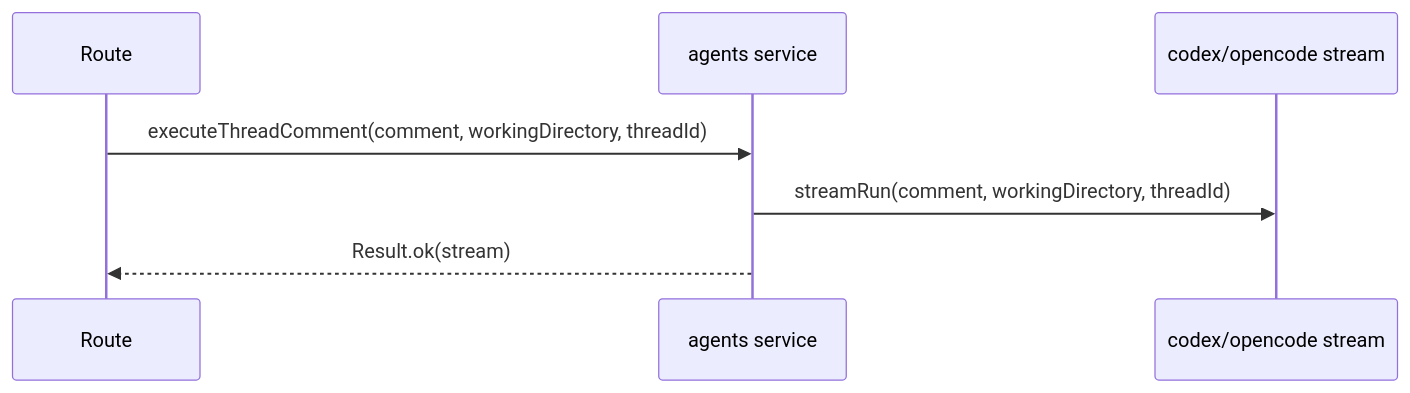
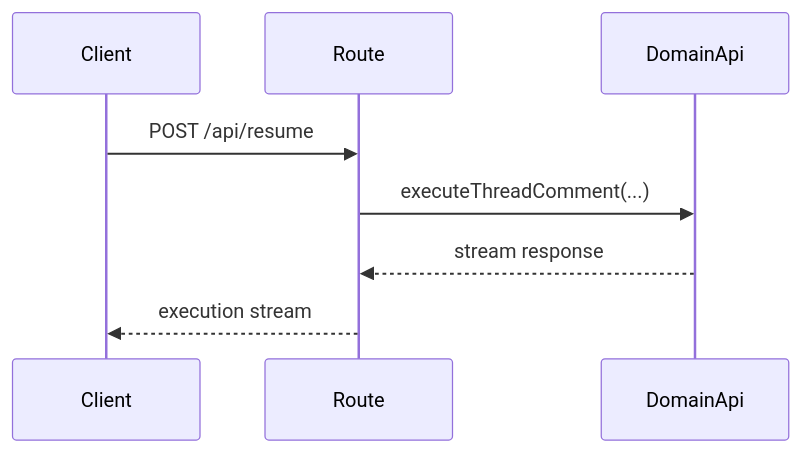
One commit to TurtleStoffel/tektite-console changed the second of 5 diagrams in src/backend/domains/agents/README.md. Above: the diagram before and after it, drawn with Mermaid. The commit also changed other lines of this file and 30 other files, not shown here.

Commit message:
split domainApi from service

````diff
--- a/src/backend/domains/agents/README.md
+++ b/src/backend/domains/agents/README.md
@@ -49,9 +28,10 @@
 ```mermaid
 sequenceDiagram
+    participant Client
     participant Route
-    participant Service as agents service
-    participant Runner as codex/opencode stream
-    Route->>Service: executeThreadComment(comment, workingDirectory, threadId)
-    Service->>Runner: streamRun(comment, workingDirectory, threadId)
-    Service-->>Route: Result.ok(stream)
+    participant DomainApi
+    Client->>Route: POST /api/resume
+    Route->>DomainApi: executeThreadComment(...)
+    DomainApi-->>Route: stream response
+    Route-->>Client: execution stream
 ```
````
